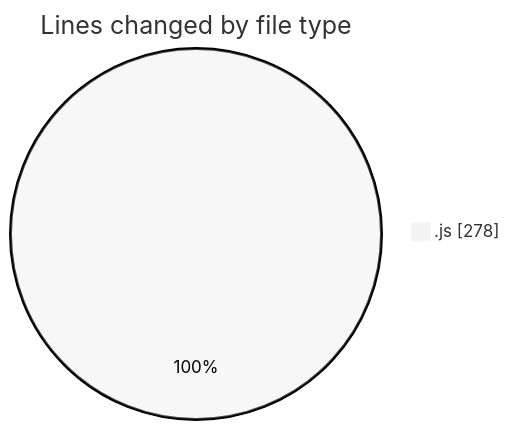
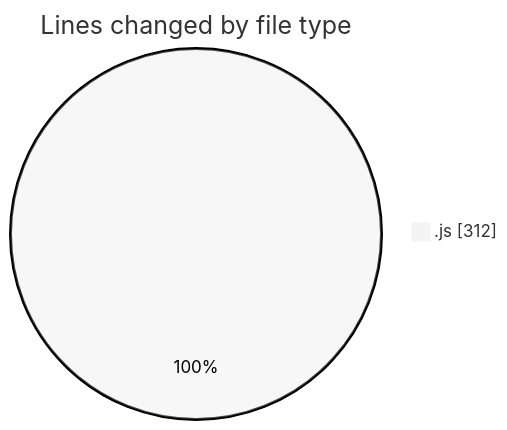
Before and after one commit to BS-eng2023/code-tracking: the first of 2 diagrams in 2025-04-04/jsvms/README.md, drawn with Mermaid (neutral theme). The commit also changed other lines of this file and 1 other file, not shown here.

````diff
--- a/2025-04-04/jsvms/README.md
+++ b/2025-04-04/jsvms/README.md
@@ -22,5 +23,5 @@
 ```mermaid
 pie showData
 title Lines changed by file type
-".js" : 278
+".js" : 312
 ```
````
